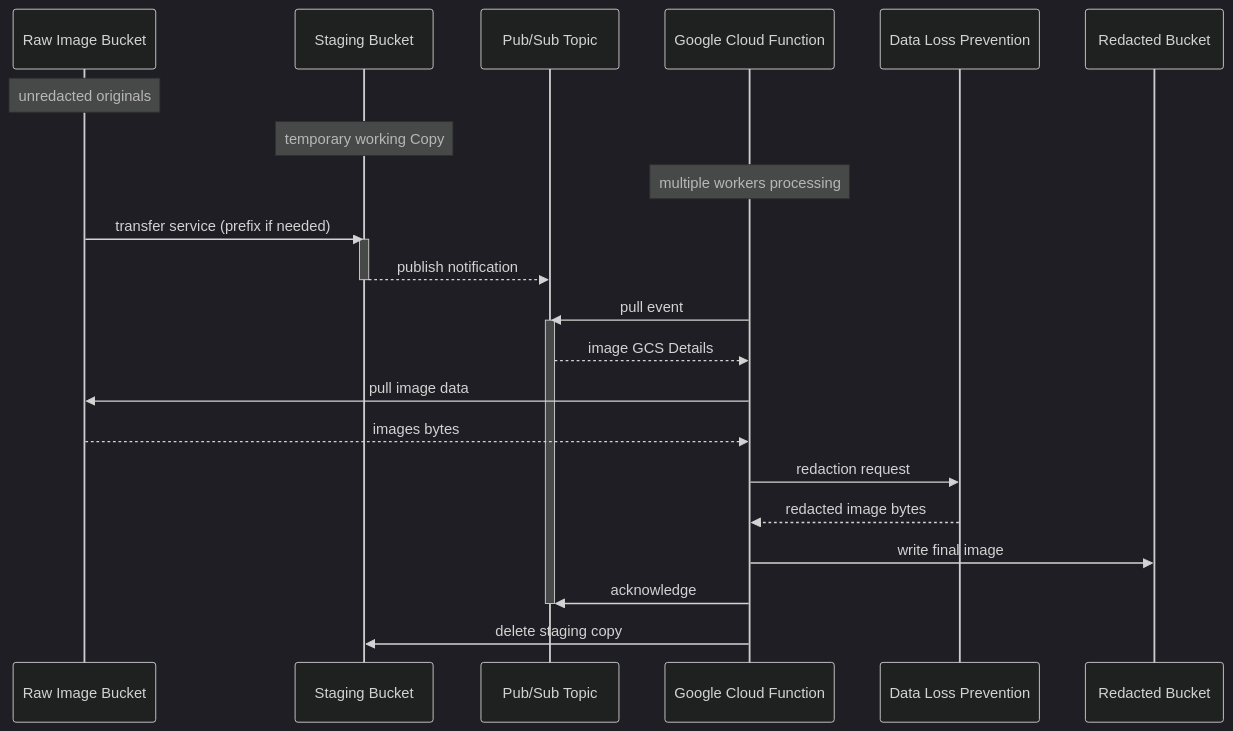
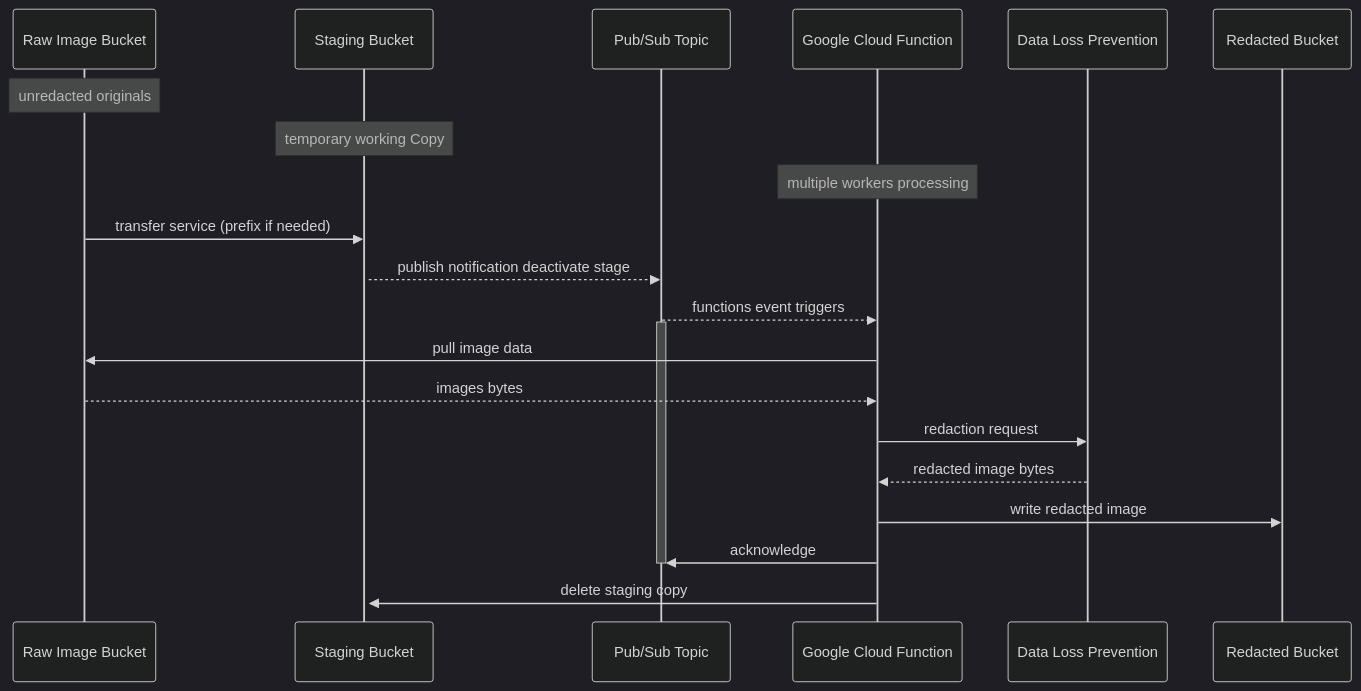
The diagram in dlp/redaction.md (ecrane314/ce-demo), drawn with Mermaid (dark theme) before and after one commit. The commit also changed 4 other files, not shown here.

````diff
--- a/dlp/redaction.md
+++ b/dlp/redaction.md
@@ -1,30 +1,31 @@
 ```mermaid
 sequenceDiagram
     participant src as Raw Image Bucket
         Note over src: unredacted originals
     participant stage as Staging Bucket
         Note over stage: temporary working Copy
     participant topic as Pub/Sub Topic
     participant gcf as Google Cloud Function
         Note over gcf: multiple workers processing
     participant dlp as Data Loss Prevention
     participant db as Redacted Bucket
 
     src ->> stage: transfer service (prefix if needed)
     activate stage
-    stage -->> topic: publish notification
-    deactivate stage
-    gcf ->> topic: pull event
+    stage -->> topic: publish notification    deactivate stage
+    %%
+    topic -->> gcf: functions event triggers
+    %%gcf ->> topic: pull event
     
     activate topic
-    topic -->> gcf: image GCS Details
+    %%topic -->> gcf: image GCS Details
     gcf ->> src: pull image data
     src -->> gcf: images bytes
     gcf ->> dlp: redaction request
     dlp -->> gcf: redacted image bytes
-    gcf ->> db: write final image
+    gcf ->> db: write redacted image
     gcf ->> topic: acknowledge
     deactivate topic
 
     gcf ->> stage: delete staging copy
 ```
````
